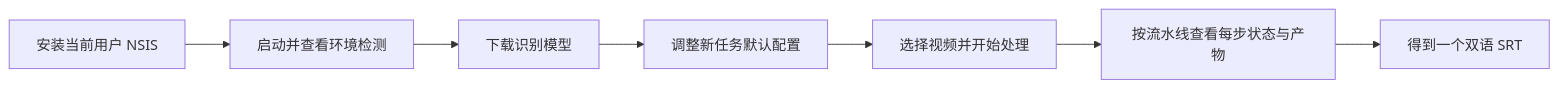
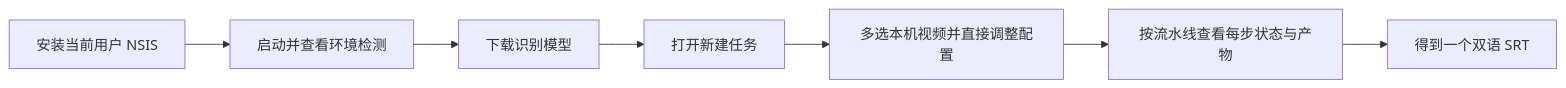
The diagram in docs/user-guide.md (coconilu/captionnest), drawn with Mermaid before and after one commit. The commit also changed other lines of this file and 7 other files, not shown here.

````diff
--- a/docs/user-guide.md
+++ b/docs/user-guide.md
@@ -5,9 +5,9 @@
 ```mermaid
 flowchart LR
     A["安装当前用户 NSIS"] --> B["启动并查看环境检测"]
     B --> C["下载识别模型"]
-    C --> D["调整新任务默认配置"]
-    D --> E["选择视频并开始处理"]
+    C --> D["打开新建任务"]
+    D --> E["多选本机视频并直接调整配置"]
     E --> F["按流水线查看每步状态与产物"]
     F --> G["得到一个双语 SRT"]
 ```
````
